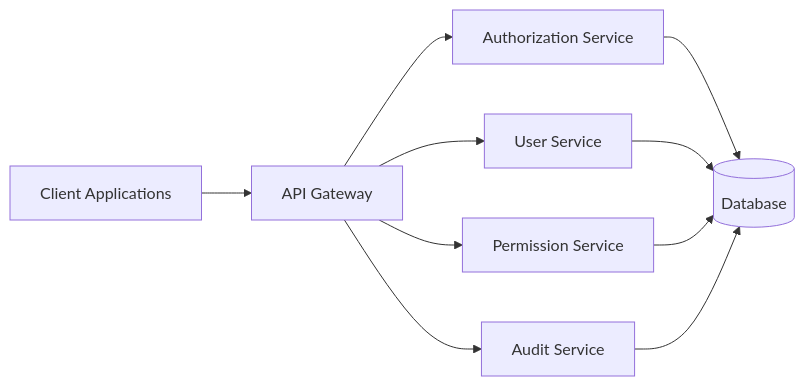
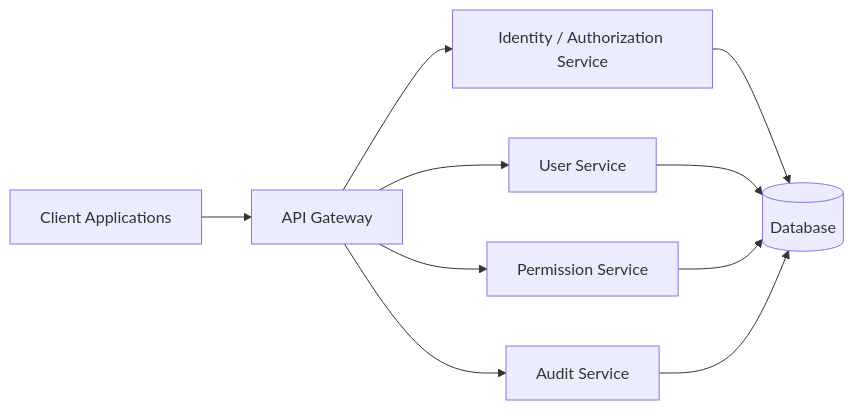
Before and after one commit to MotionPrograming/AuthorizationManagementSystem: diagram 13 of 13 in README.md, drawn with Mermaid. The commit also changed other lines of this file, not shown here.

````diff
--- a/README.md
+++ b/README.md
@@ -932,45 +1093,29 @@
 ```mermaid
 flowchart LR
 
+    CLIENT[Client Applications]
 
-Client[Client Applications]
+    GATEWAY[API Gateway]
 
+    IAM[Identity / Authorization Service]
 
-Gateway[API Gateway]
+    USER[User Service]
 
+    PERM[Permission Service]
 
-Auth[Authorization Service]
+    AUDIT[Audit Service]
 
+    DB[(Database)]
 
-UserService[User Service]
+    CLIENT --> GATEWAY
 
+    GATEWAY --> IAM
+    GATEWAY --> USER
+    GATEWAY --> PERM
+    GATEWAY --> AUDIT
 
-PermissionService[Permission Service]
-
-
-AuditService[Audit Service]
-
-
-Database[(Database)]
-
-
-Client --> Gateway
-
-
-Gateway --> Auth
-
-Gateway --> UserService
-
-Gateway --> PermissionService
-
-Gateway --> AuditService
-
-
-Auth --> Database
-
-UserService --> Database
-
-PermissionService --> Database
-
-AuditService --> Database
+    IAM --> DB
+    USER --> DB
+    PERM --> DB
+    AUDIT --> DB
 ```
````
